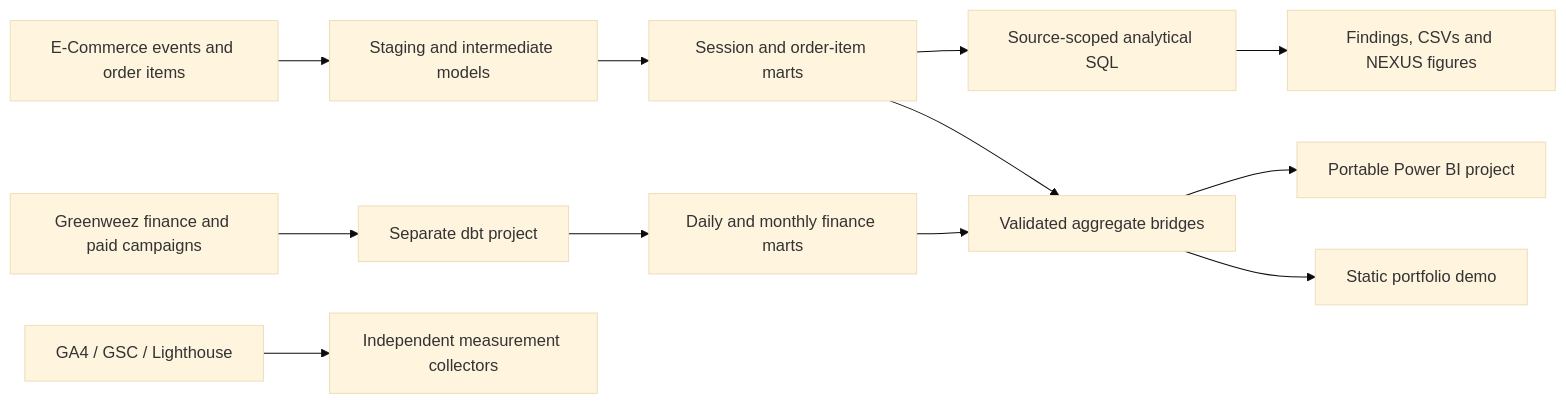
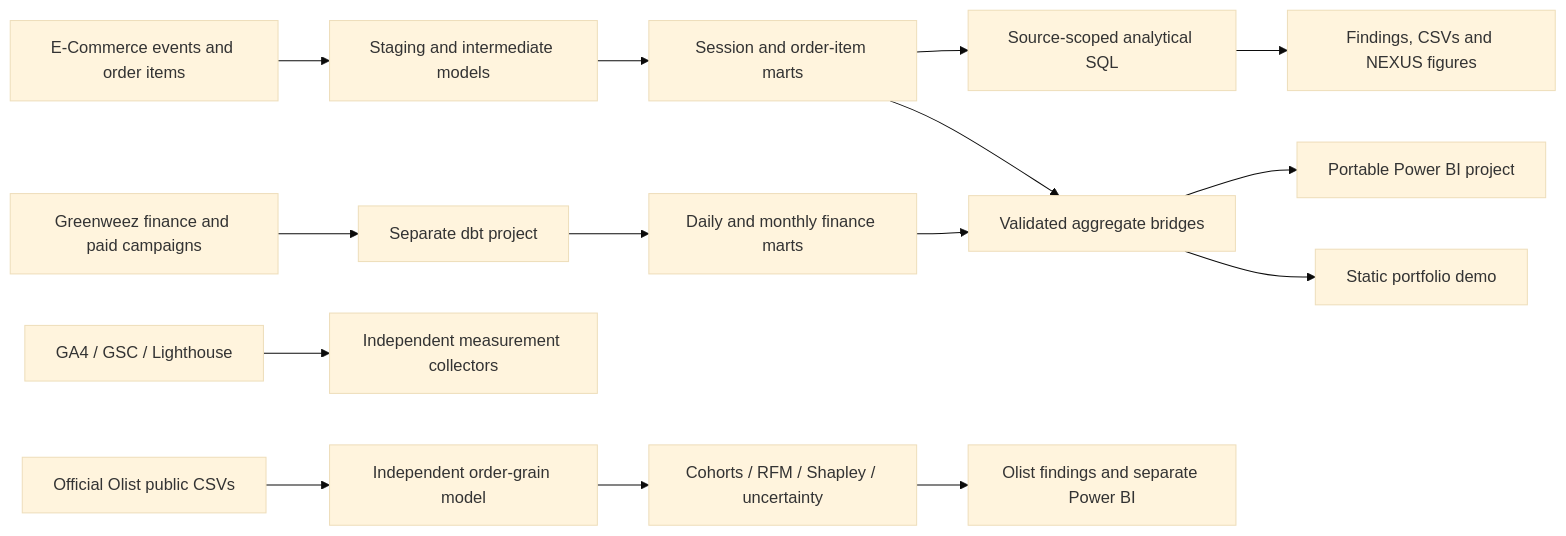
The diagram in README.md (senanurcetin/nexus-commerce-intelligence), drawn with Mermaid (base theme) before and after one commit. The commit also changed other lines of this file and 35 other files, not shown here.

Commit message:
Add source-reconciled Olist cohorts, value drivers and uncertainty analysis

````diff
--- a/README.md
+++ b/README.md
@@ -29,14 +47,17 @@
 ```mermaid
 flowchart LR
     E[E-Commerce events and order items] --> ES[Staging and intermediate models]
     ES --> EM[Session and order-item marts]
     G[Greenweez finance and paid campaigns] --> GS[Separate dbt project]
     GS --> GM[Daily and monthly finance marts]
     EM --> A[Source-scoped analytical SQL]
     EM --> B[Validated aggregate bridges]
     GM --> B
     A --> R[Findings, CSVs and NEXUS figures]
     B --> P[Portable Power BI project]
     B --> W[Static portfolio demo]
     M[GA4 / GSC / Lighthouse] --> C[Independent measurement collectors]
+    O[Official Olist public CSVs] --> OF[Independent order-grain model]
+    OF --> OA[Cohorts / RFM / Shapley / uncertainty]
+    OA --> OP[Olist findings and separate Power BI]
 ```
````
